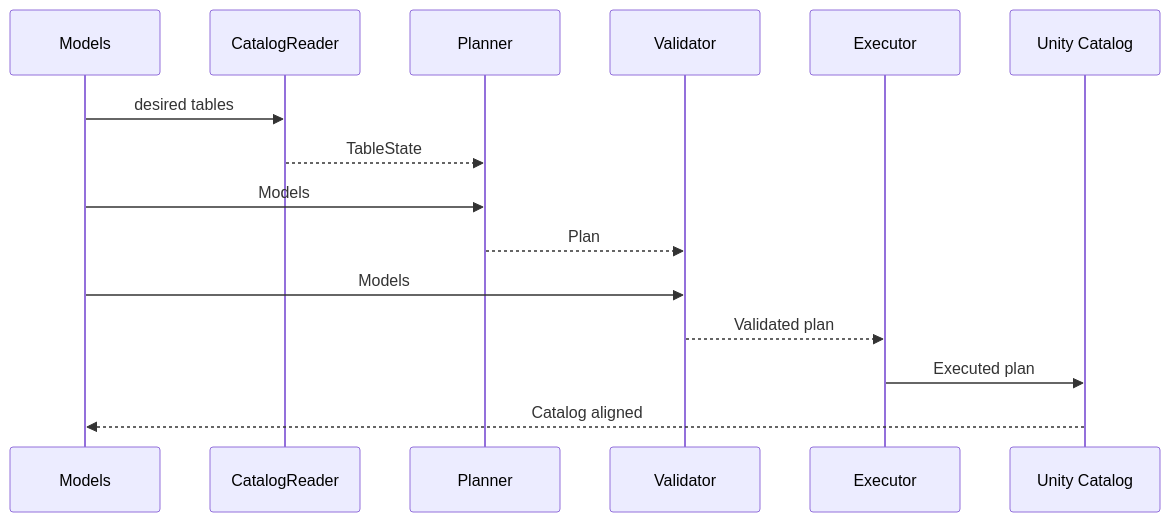
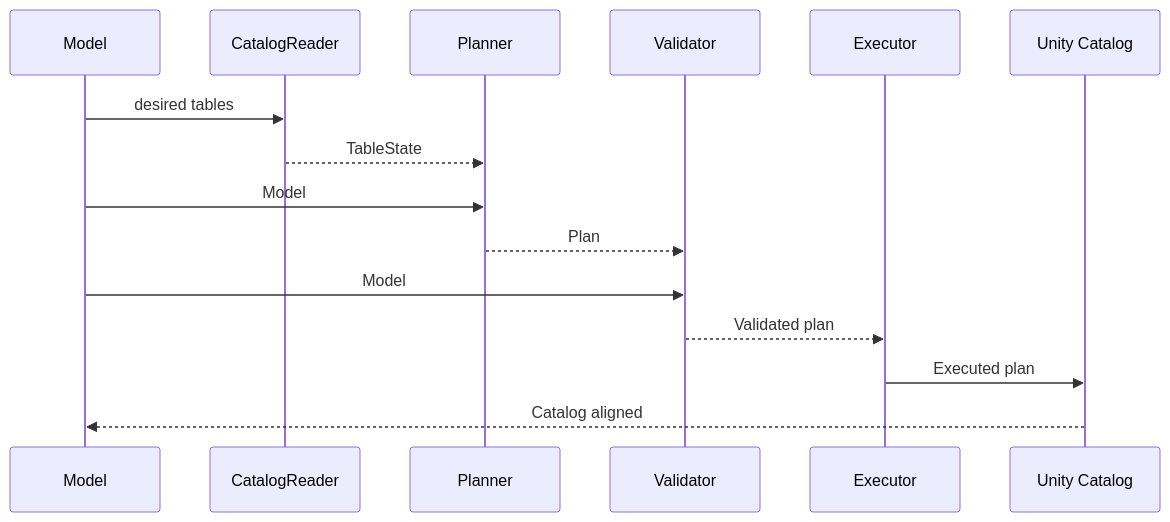
The second of 2 diagrams in docs/delta_engine.md (Tomoscorbin/ETL-framework), drawn with Mermaid before and after one commit.

````diff
--- a/docs/delta_engine.md
+++ b/docs/delta_engine.md
@@ -33,19 +33,19 @@
 ```mermaid
 sequenceDiagram
-  participant M as Models
+  participant M as Model
   participant R as CatalogReader
   participant P as Planner
   participant V as Validator
   participant E as Executor
   participant UC as Unity Catalog
 
   M->>R: desired tables
   R-->>P: TableState
-  M->>P: Models
+  M->>P: Model
   P-->>V: Plan
-  M->>V: Models
+  M->>V: Model
   V-->>E: Validated plan
   E->>UC: Executed plan
   UC-->>M: Catalog aligned
 
 ```
````
